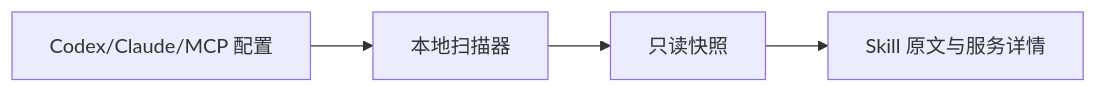
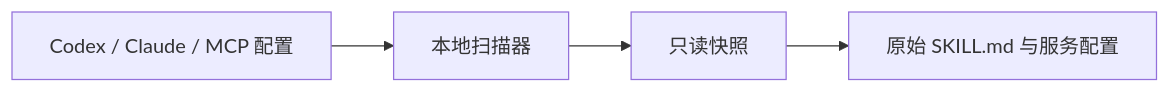
Before and after one commit to wilderjett250-art/014-seethrough-skill: the diagram in README.md, drawn with Mermaid. The commit also changed other lines of this file and 1 other file, not shown here.

````diff
--- a/README.md
+++ b/README.md
@@ -9,6 +15,6 @@
-```mermaid
+~~~mermaid
 flowchart LR
- A[Codex/Claude/MCP 配置] --> B[本地扫描器]
+ A[Codex / Claude / MCP 配置] --> B[本地扫描器]
  B --> C[只读快照]
- C --> D[Skill 原文与服务详情]
-```
+ C --> D[原始 SKILL.md 与服务配置]
+~~~
````
